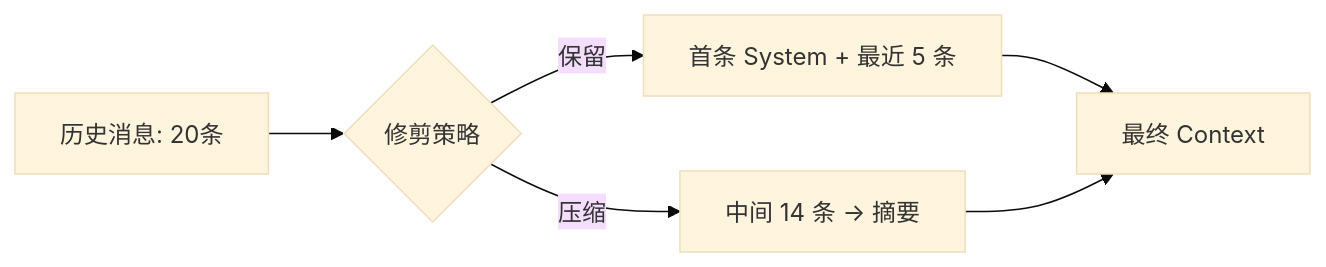
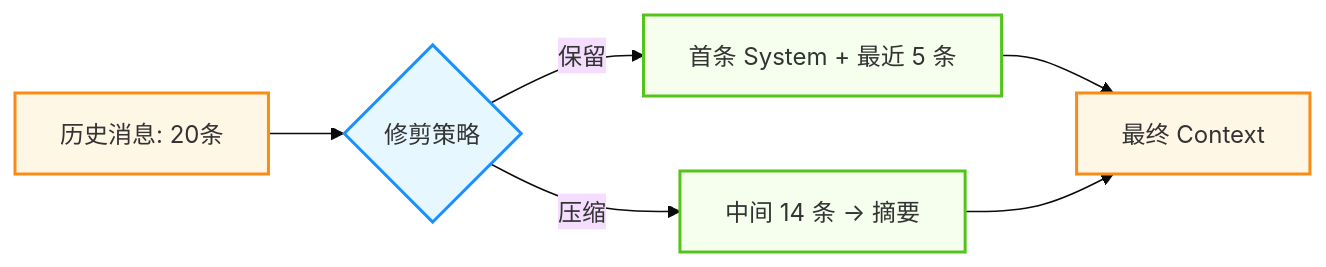
One commit to yeasy/agentic_ai_guide changed the first of 3 diagrams in 09_agentops/9.3_optimization.md. Above: the diagram before and after it, drawn with Mermaid (base theme). The commit also changed other lines of this file and 36 other files, not shown here.

````diff
--- a/09_agentops/9.3_optimization.md
+++ b/09_agentops/9.3_optimization.md
@@ -42,7 +42,17 @@
 ```mermaid
 graph LR
+    %% Agentic Design System
+    classDef user fill:#fff7e6,stroke:#fa8c16,stroke-width:2px;
+    classDef agent fill:#e6f7ff,stroke:#1890ff,stroke-width:2px;
+    classDef tool fill:#f6ffed,stroke:#52c41a,stroke-width:2px;
+
     History[历史消息: 20条] --> Trim{修剪策略}
     Trim -->|保留| Keep[首条 System + 最近 5 条]
     Trim -->|压缩| Summary[中间 14 条 -> 摘要]
     Keep & Summary --> Context[最终 Context]
+    
+    class History user;
+    class Trim agent;
+    class Keep,Summary tool;
+    class Context user;
 ```
````
